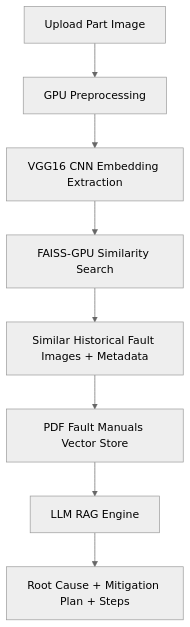
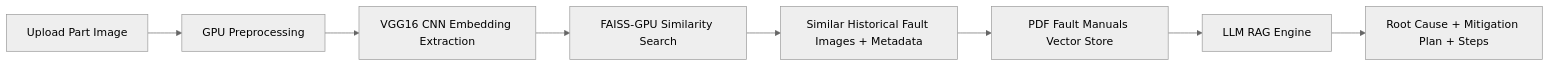
One commit to manuelbomi/GPU-Accelerated-Visual-Fault-Diagnostics-with-RAG-Maintenance-PDF-Intelligence changed the diagram in README.md. Above: the diagram before and after it, drawn with Mermaid (neutral theme). The commit also changed other lines of this file, not shown here.

````diff
--- a/README.md
+++ b/README.md
@@ -34,15 +34,15 @@
 ```mermaid
 
-flowchart TD
+flowchart LR
 
 A[Upload Part Image] --> B[GPU Preprocessing]
 B --> C[VGG16 CNN Embedding Extraction]
 C --> D[FAISS-GPU Similarity Search]
 D --> E[Similar Historical Fault Images + Metadata]
 
 E --> F[PDF Fault Manuals Vector Store]
 F --> G[LLM RAG Engine]
 G --> H[Root Cause + Mitigation Plan + Steps]
 
 
 ```
````
